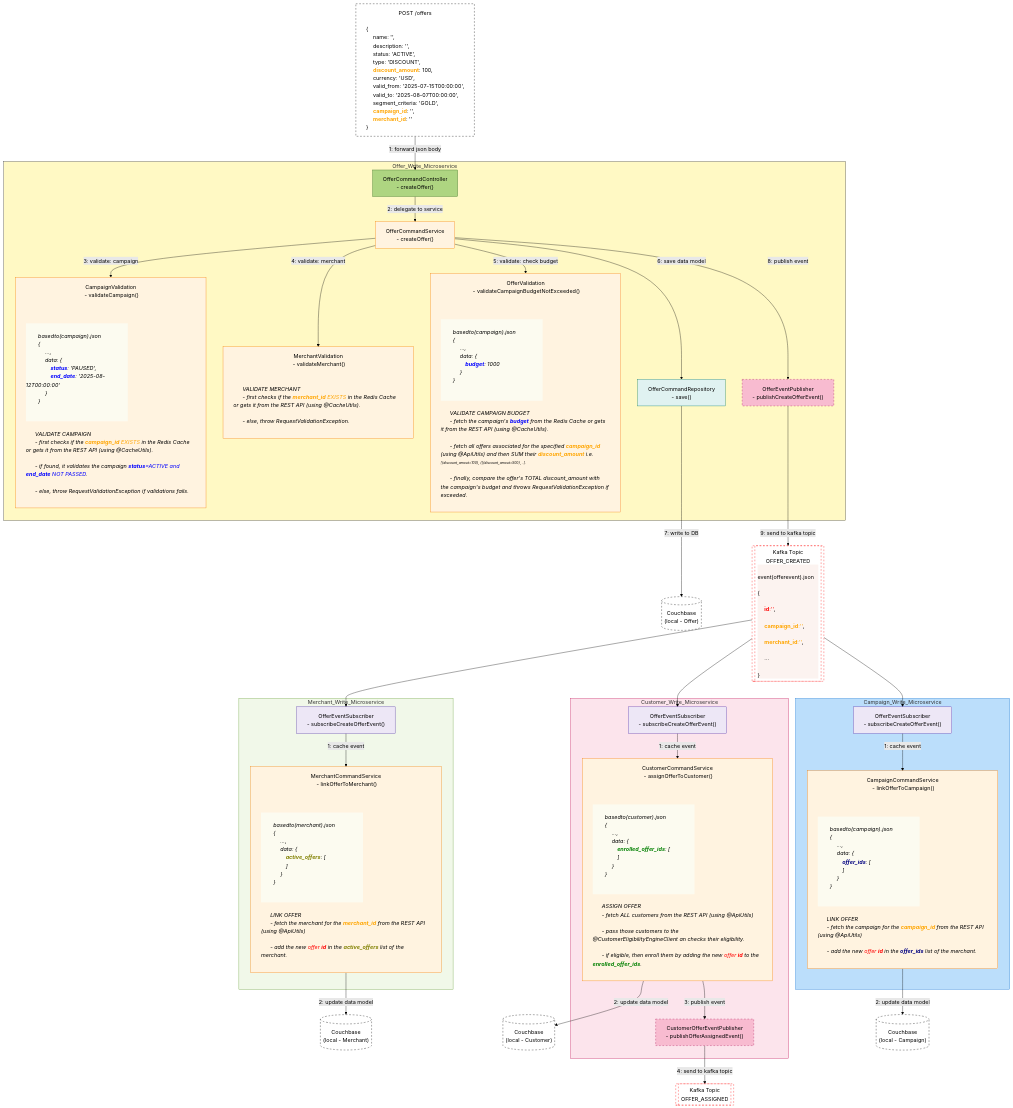
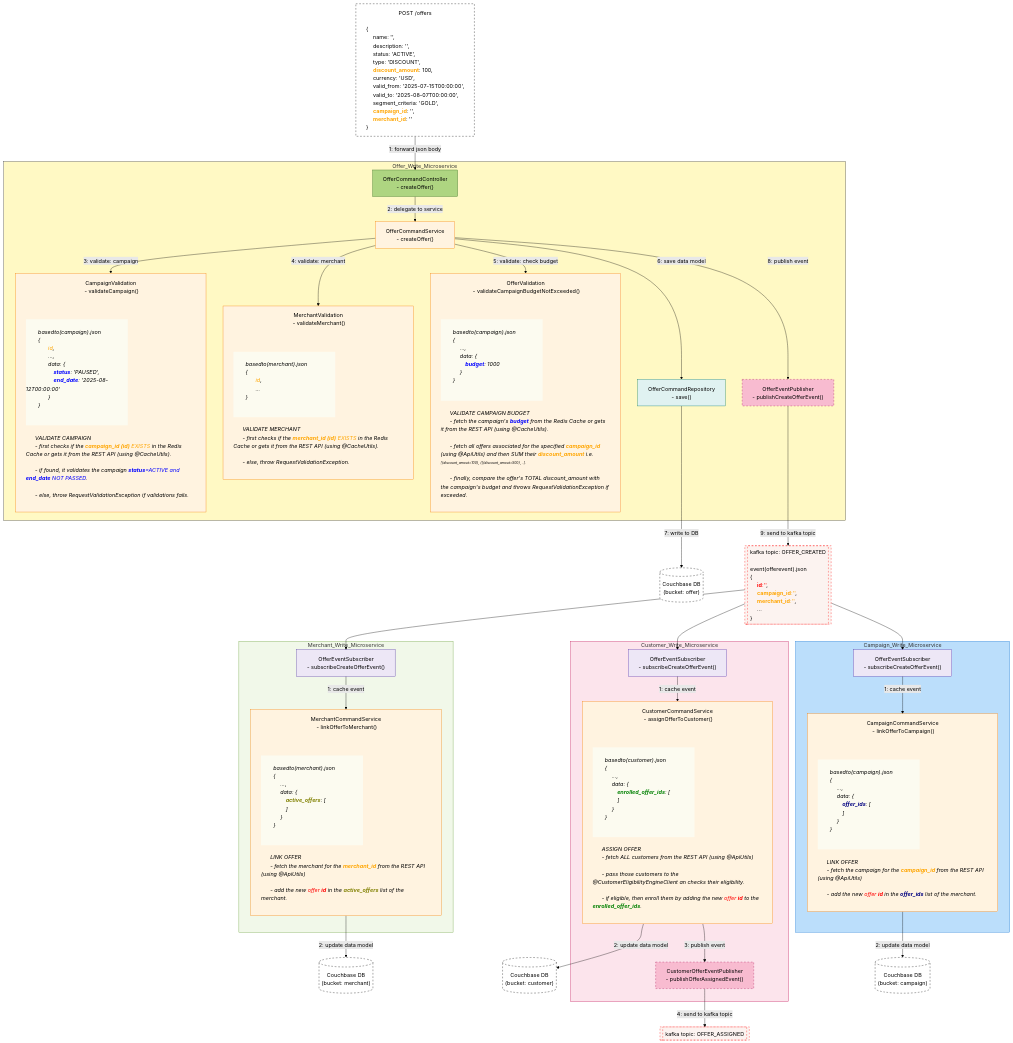
The diagram in _readme_assets/offer_create.mmd (aakashkumar1980/apps-microservices), drawn with Mermaid (forest theme) before and after one commit. The commit also changed 1 other file, not shown here.

```diff
--- a/_readme_assets/offer_create.mmd
+++ b/_readme_assets/offer_create.mmd
@@ -32,15 +32,16 @@
       <div style='background-color:rgb(252, 251, 240); width:300px;'>
         basedto(campaign).json
         {
-        #emsp; ...,
-        #emsp; data: {
-        #emsp;#emsp; <font color=blue><b>status</b></font>: 'PAUSED',
-        #emsp;#emsp; <font color=blue><b>end_date</b></font>: '2025-08-12T00:00:00'
-        #emsp; }
+          #emsp; <font color=orange>id</font>,
+          #emsp; ...,
+          #emsp; data: {
+          #emsp;#emsp; <font color=blue><b>status</b></font>: 'PAUSED',
+          #emsp;#emsp; <font color=blue><b>end_date</b></font>: '2025-08-12T00:00:00'
+          #emsp; }
         }<br>
       </div>
       VALIDATE CAMPAIGN
-      - first checks if the <font color=orange><b>campaign_id</b> EXISTS</font> in the Redis Cache or gets it from the REST API (using @CacheUtils).<br>
+      - first checks if the <font color=orange><b>campaign_id (id)</b> EXISTS</font> in the Redis Cache or gets it from the REST API (using @CacheUtils).<br>
       - if found, it validates the campaign <font color=blue><b>status</b>=ACTIVE and <b>end_date</b> NOT PASSED</font>.<br>
       - else, throw RequestValidationException if validations fails.
     </div>
@@ -48,8 +49,15 @@
 
   MV["MerchantValidation<br> - validateMerchant()
     <div style='text-align:left; font-style: italic;'>
+      <div style='background-color:rgb(252, 251, 240); width:300px;'>
+        basedto(merchant).json
+        {
+          #emsp; <font color=orange>id</font>,
+          #emsp; ...
+        }<br>
+      </div>
       VALIDATE MERCHANT
-      - first checks if the <font color=orange><b>merchant_id</b> EXISTS</font> in the Redis Cache or gets it from the REST API (using @CacheUtils).<br>
+      - first checks if the <font color=orange><b>merchant_id (id)</b> EXISTS</font> in the Redis Cache or gets it from the REST API (using @CacheUtils).<br>
       - else, throw RequestValidationException.
     </div>
   "]:::service
@@ -76,16 +84,16 @@
   OEP["OfferEventPublisher<br> - publishCreateOfferEvent()"]:::event
 end
 
-COUCHBASE_OFFER[("Couchbase<br>(local - Offer)")]:::external
+COUCHBASE_OFFER[("Couchbase DB<br>(bucket: offer)")]:::external
 
-KAFKA1[["Kafka Topic<br>OFFER_CREATED
-  <div style='text-align:left; background-color:rgb(252, 243, 240); width:180px;'>
-    event(offerevent).json <br>
-    {<br>
-      #emsp; <font color=red><b>id</b>:''</font>, <br>
-      #emsp; <font color=orange><b>campaign_id</b>:''</font>, <br>
-      #emsp; <font color=orange><b>merchant_id</b>:''</font>, <br>
-      #emsp; ... <br>
+KAFKA1[["kafka topic: OFFER_CREATED
+  <div style='text-align:left; background-color:#fcf3f0; width:180px;'>
+    event(offerevent).json
+    {
+      #emsp; <font color=red><b>id</b>:''</font>,
+      #emsp; <font color=orange><b>campaign_id</b>:''</font>,
+      #emsp; <font color=orange><b>merchant_id</b>:''</font>,
+      #emsp; ...
     }
   </div>
 "]]:::kafka
@@ -129,7 +137,7 @@
   "]:::service
 end
 
-COUCHBASE_MERCHANT[("Couchbase<br>(local - Merchant)")]:::db
+COUCHBASE_MERCHANT[("Couchbase DB<br>(bucket: merchant)")]:::db
 
 %% Flow Steps (Merchant Write Flow)
 KAFKA1 --> MES
@@ -166,8 +174,8 @@
   CEP["CustomerOfferEventPublisher<br> - publishOfferAssignedEvent()"]:::event
 end
 
-COUCHBASE_CUSTOMER[("Couchbase<br>(local - Customer)")]:::db
-KAFKA2[["Kafka Topic<br>OFFER_ASSIGNED"]]:::kafka
+COUCHBASE_CUSTOMER[("Couchbase DB<br>(bucket: customer)")]:::db
+KAFKA2[["kafka topic: OFFER_ASSIGNED"]]:::kafka
 
 %% Flow Steps (Customer Write Flow)
 KAFKA1 --> CES
@@ -203,7 +211,7 @@
   "]:::service
 end
 
-COUCHBASE_CAMPAIGN[("Couchbase<br>(local - Campaign)")]:::db
+COUCHBASE_CAMPAIGN[("Couchbase DB<br>(bucket: campaign)")]:::db
 
 %% Flow Steps (Campaign Write Flow)
 KAFKA1 --> CAS
@@ -221,5 +229,5 @@
 classDef event fill:#F8BBD0,stroke:#AD1457,stroke-width:1px,stroke-dasharray: 5 5;
 classDef subscriber fill:#EDE7F6,stroke:#512DA8,stroke-width:1px;
 classDef external fill:#FFFFFF,stroke:#000,stroke-width:1px,stroke-dasharray: 5 5;
-classDef kafka fill:#FFFFFF,stroke:red,stroke-width:1px,stroke-dasharray: 5 5;
+classDef kafka fill:#fcf3f0,stroke:red,stroke-width:1px,stroke-dasharray: 5 5;
 classDef db fill:#FFFFFF,stroke:#000,stroke-width:1px,stroke-dasharray: 5 5;
```
